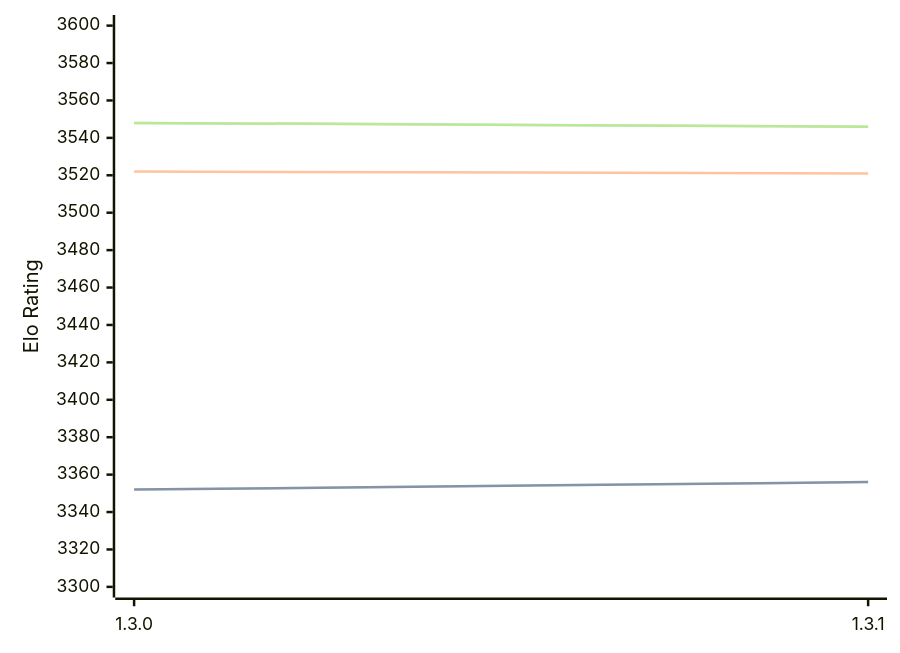
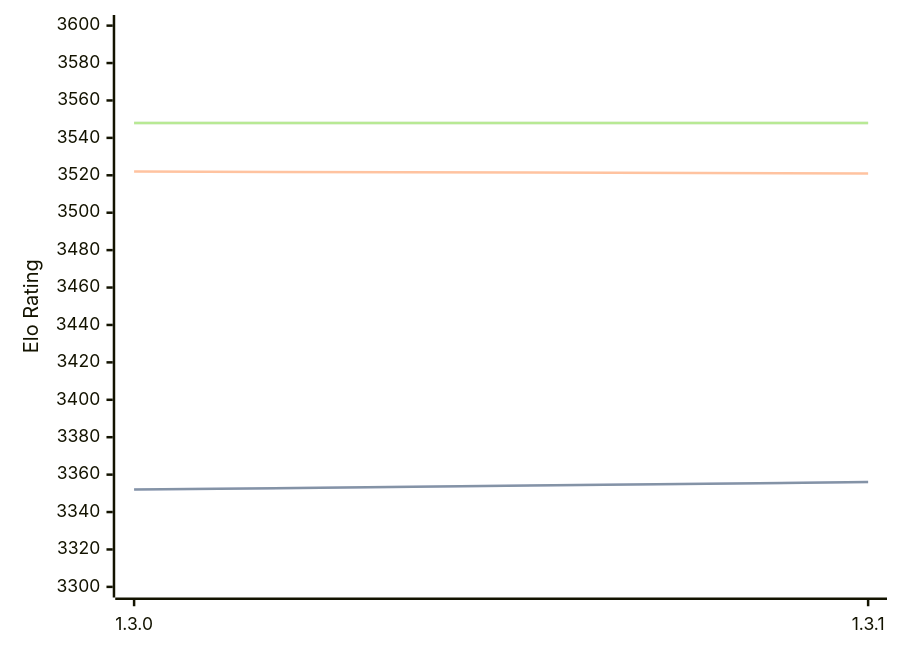
One commit to computer-chess-index/cci changed the diagram in engines/Renegade.md. Above: the diagram before and after it, drawn with Mermaid. The commit also changed other lines of this file, not shown here.

Commit message:
Update CCI Ratings (ELO VLTC) - 2026-09-25

````diff
--- a/engines/Renegade.md
+++ b/engines/Renegade.md
@@ -33,11 +33,11 @@
 ```mermaid
 %%{init: {"theme":"base","themeVariables":{"seriesColors:['#a3a3a3','#222221','#faa371']}}}%%
 xychart-beta
   x-axis ["1.3.0", "1.3.1"]
   y-axis "Elo Rating" 3300 --> 3600
   line "" [3352, 3356]
   line "STC (8.0+0.08s)" [3352, 3356]
   line "LTC (60.0+0.60s)" [3522, 3521]
-  line "" [3548, 3546]
-  line "VLTC (2m24s+1.12s)" [3548, 3546]
+  line "" [3548, 3548]
+  line "VLTC (2m24s+1.12s)" [3548, 3548]
 ```
````
